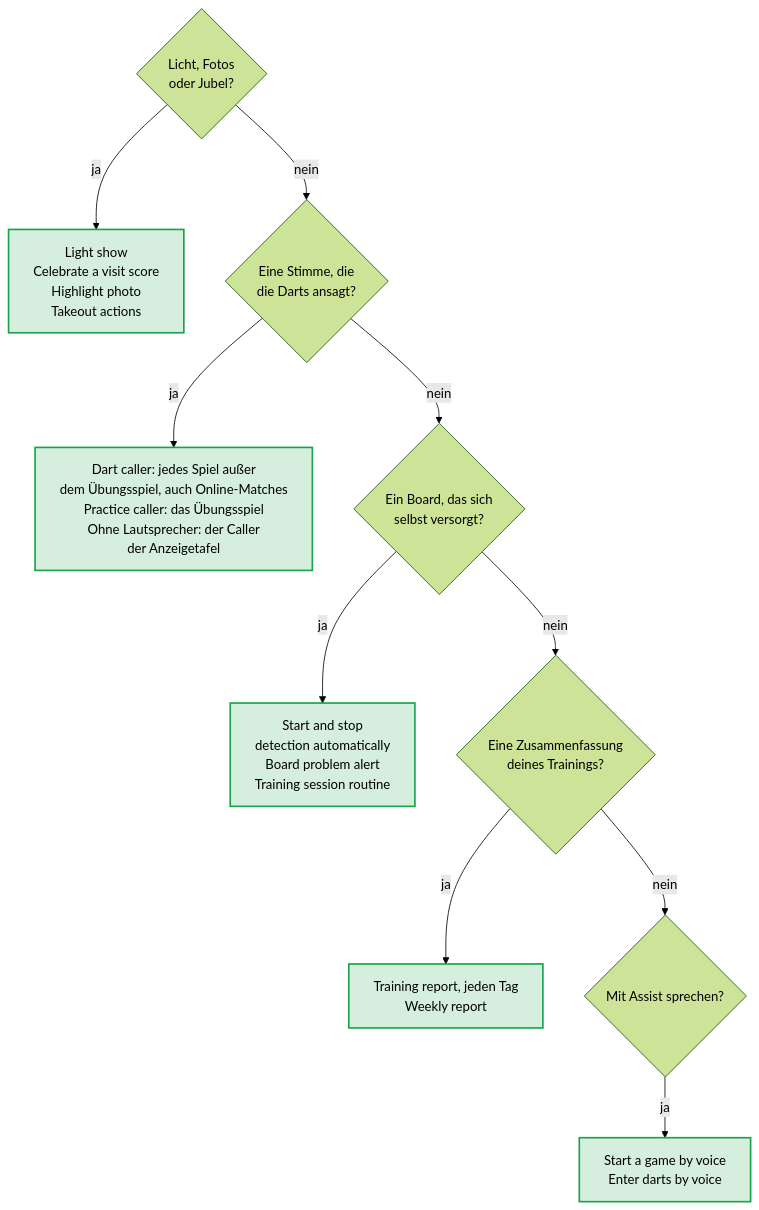
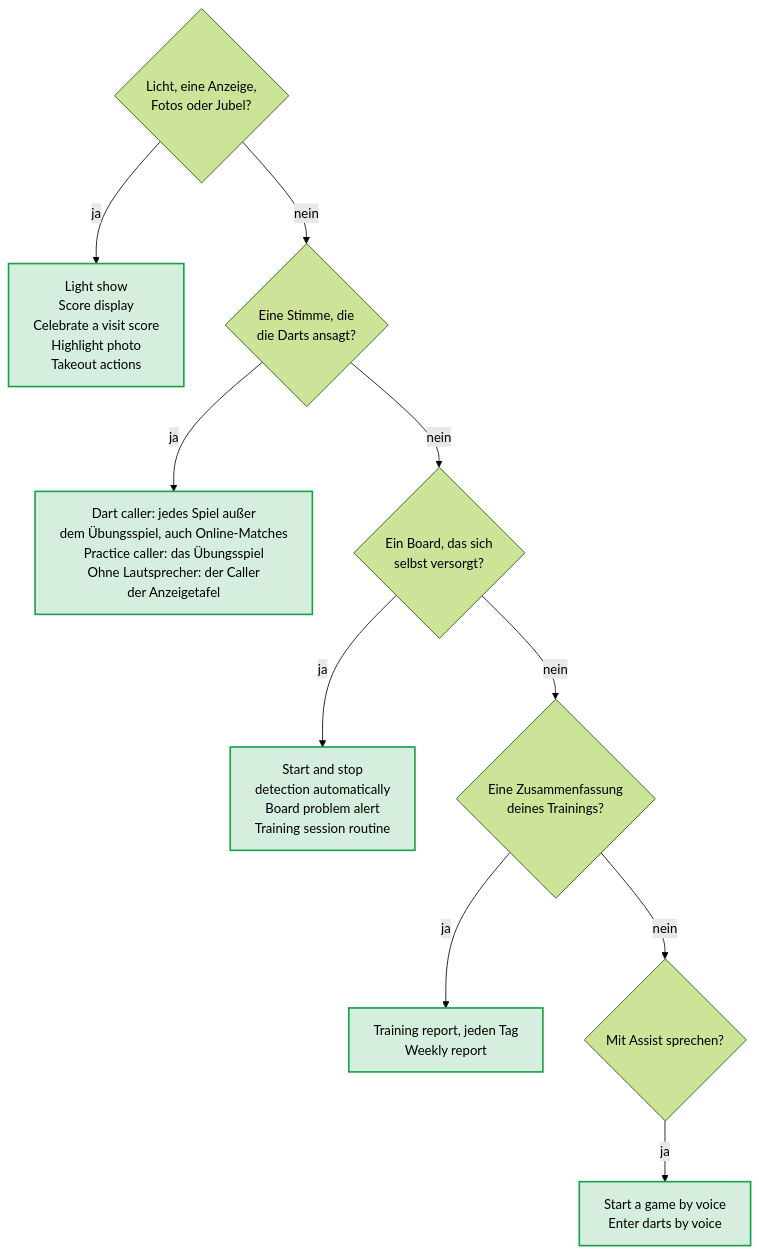
Before and after one commit to Dennis-Otto/ha-autodarts: the diagram in docs/diagrams/choose-blueprint.de.mmd, drawn with Mermaid (forest theme). The commit also changed 30 other files, not shown here.

First line of the commit message:
feat(blueprints): show the score on an AWTRIX or PixelIt display (#346)

```diff
--- a/docs/diagrams/choose-blueprint.de.mmd
+++ b/docs/diagrams/choose-blueprint.de.mmd
@@ -1,19 +1,19 @@
 ---
 config:
   flowchart:
     wrappingWidth: 400
 ---
 flowchart TB
   accTitle: Welcher Blueprint passt
-  accDescr: Für Licht, Fotos und Jubel nimm die Blueprints Light show, Celebrate a visit score, Highlight photo oder Takeout actions. Zum Ansagen der Darts nimm den Dart caller für jedes Spiel außer dem Übungsspiel, auch Online-Matches, und den Practice caller für das Übungsspiel; der Caller der Anzeigetafel braucht keine Lautsprecher in Home Assistant. Für ein Board, das sich selbst versorgt, nimm Start and stop detection automatically, Board problem alert oder Training session routine. Für eine Zusammenfassung deines Trainings nimm den Training report jeden Tag oder den Weekly report. Um mit Assist zu sprechen, nimm Start a game by voice oder Enter darts by voice.
-  MOOD{"Licht, Fotos<br/>oder Jubel?"} -- "ja" --> MOODS["Light show<br/>Celebrate a visit score<br/>Highlight photo<br/>Takeout actions"]
+  accDescr: Für Licht, eine Pixelanzeige, Fotos und Jubel nimm die Blueprints Light show, Score display, Celebrate a visit score, Highlight photo oder Takeout actions. Zum Ansagen der Darts nimm den Dart caller für jedes Spiel außer dem Übungsspiel, auch Online-Matches, und den Practice caller für das Übungsspiel; der Caller der Anzeigetafel braucht keine Lautsprecher in Home Assistant. Für ein Board, das sich selbst versorgt, nimm Start and stop detection automatically, Board problem alert oder Training session routine. Für eine Zusammenfassung deines Trainings nimm den Training report jeden Tag oder den Weekly report. Um mit Assist zu sprechen, nimm Start a game by voice oder Enter darts by voice.
+  MOOD{"Licht, eine Anzeige,<br/>Fotos oder Jubel?"} -- "ja" --> MOODS["Light show<br/>Score display<br/>Celebrate a visit score<br/>Highlight photo<br/>Takeout actions"]
   MOOD -- "nein" --> CALL{"Eine Stimme, die<br/>die Darts ansagt?"}
   CALL -- "ja" --> CALLS["Dart caller: jedes Spiel außer<br/>dem Übungsspiel, auch Online-Matches<br/>Practice caller: das Übungsspiel<br/>Ohne Lautsprecher: der Caller<br/>der Anzeigetafel"]
   CALL -- "nein" --> CARE{"Ein Board, das sich<br/>selbst versorgt?"}
   CARE -- "ja" --> CARES["Start and stop<br/>detection automatically<br/>Board problem alert<br/>Training session routine"]
   CARE -- "nein" --> REPORT{"Eine Zusammenfassung<br/>deines Trainings?"}
   REPORT -- "ja" --> REPORTS["Training report, jeden Tag<br/>Weekly report"]
   REPORT -- "nein" --> VOICE{"Mit Assist sprechen?"}
   VOICE -- "ja" --> VOICES["Start a game by voice<br/>Enter darts by voice"]
   classDef done fill:#16a34a2e,stroke:#16a34a,stroke-width:2px
   class MOODS,CALLS,CARES,REPORTS,VOICES done
```
